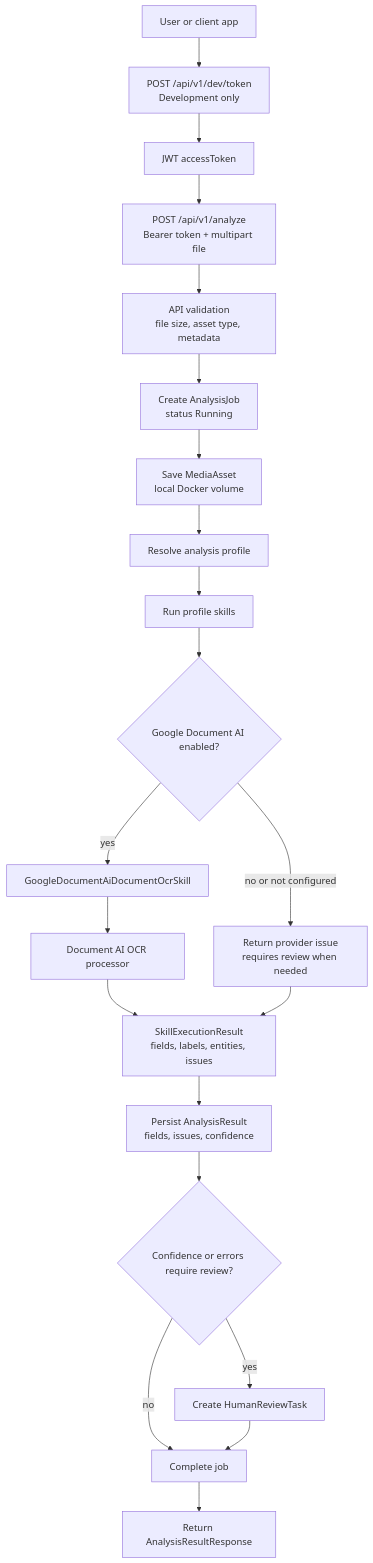
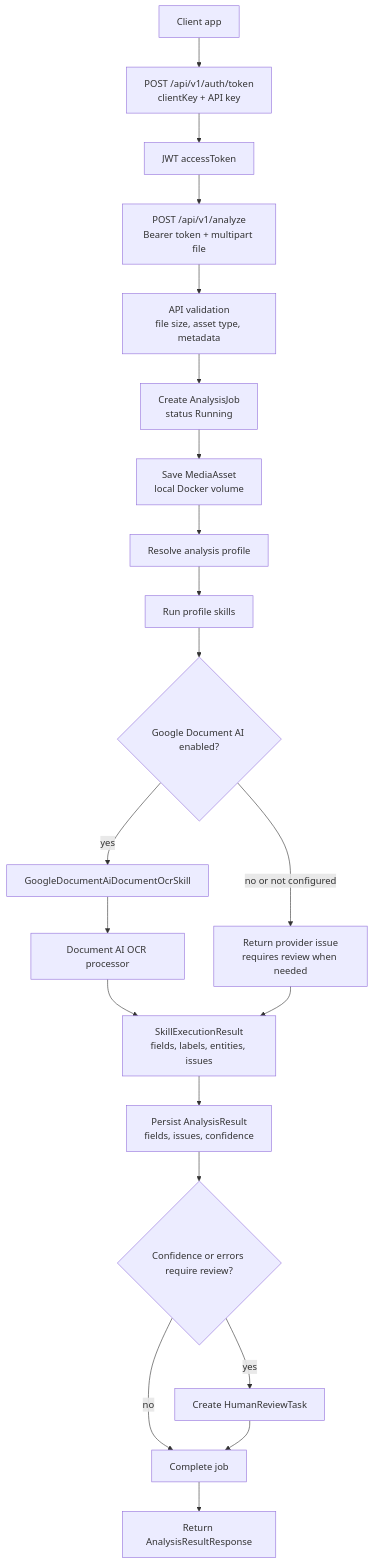
The first of 8 diagrams in README.md (lokomurdok89/DeValpo.MediaIntelligence), drawn with Mermaid before and after one commit. The commit also changed other lines of this file and 46 other files, not shown here.

````diff
--- a/README.md
+++ b/README.md
@@ -19,23 +19,23 @@
 ```mermaid
 flowchart TD
-    A["User or client app"] --> B["POST /api/v1/dev/token<br/>Development only"]
+    A["Client app"] --> B["POST /api/v1/auth/token<br/>clientKey + API key"]
     B --> C["JWT accessToken"]
     C --> D["POST /api/v1/analyze<br/>Bearer token + multipart file"]
     D --> E["API validation<br/>file size, asset type, metadata"]
     E --> F["Create AnalysisJob<br/>status Running"]
     F --> G["Save MediaAsset<br/>local Docker volume"]
     G --> H["Resolve analysis profile"]
     H --> I["Run profile skills"]
     I --> J{"Google Document AI enabled?"}
     J -- "yes" --> K["GoogleDocumentAiDocumentOcrSkill"]
     K --> L["Document AI OCR processor"]
     J -- "no or not configured" --> M["Return provider issue<br/>requires review when needed"]
     L --> N["SkillExecutionResult<br/>fields, labels, entities, issues"]
     M --> N
     N --> O["Persist AnalysisResult<br/>fields, issues, confidence"]
     O --> P{"Confidence or errors require review?"}
     P -- "yes" --> Q["Create HumanReviewTask"]
     P -- "no" --> R["Complete job"]
     Q --> R
     R --> S["Return AnalysisResultResponse"]
 ```
````
